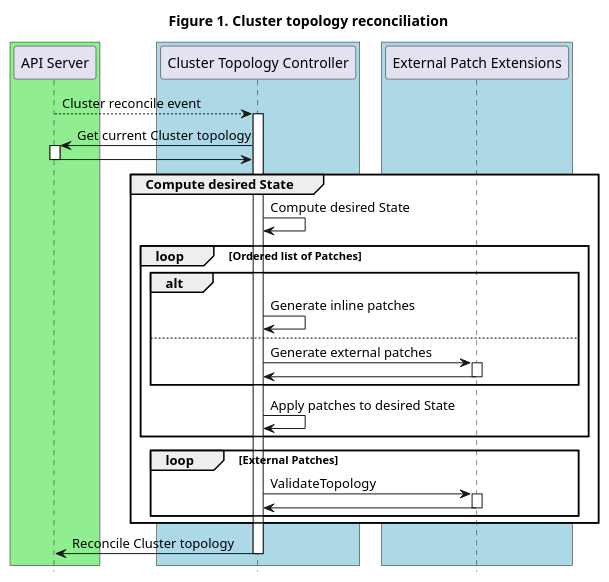
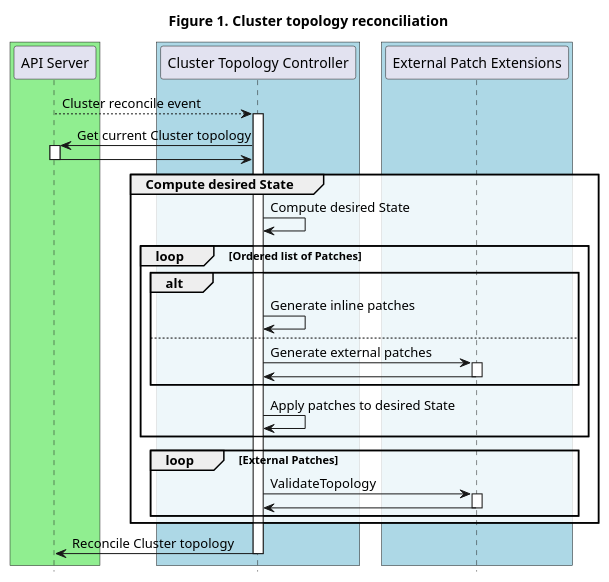
Before and after one commit to kubernetes-sigs/cluster-api: the diagram in docs/proposals/images/topology-mutation-hook/topology-reconciliation.plantuml, drawn with PlantUML. The commit also changed 27 other files, not shown here.

Commit message:
Add PlantUML diagram transparency for book and proposals

```diff
--- a/docs/proposals/images/topology-mutation-hook/topology-reconciliation.plantuml
+++ b/docs/proposals/images/topology-mutation-hook/topology-reconciliation.plantuml
@@ -1,56 +1,56 @@
 @startuml
 title Figure 1. Cluster topology reconciliation
 
 
 ' -- GROUPS START ---
 
 box #LightGreen
 participant "API Server"
 end box
 
 box #LightBlue
 participant "Cluster Topology Controller"
 end box
 
 box #LightBlue
 participant "External Patch Extensions"
 end box
 
 ' -- GROUPS END ---
 
 "API Server" --> "Cluster Topology Controller": Cluster reconcile event
 activate "Cluster Topology Controller"
 
 "Cluster Topology Controller" -> "API Server": Get current Cluster topology
 activate "API Server"
 "API Server" -> "Cluster Topology Controller":
 deactivate "API Server"
 
-group #white Compute desired State
+group #FFFFFFCC Compute desired State
   "Cluster Topology Controller" -> "Cluster Topology Controller": Compute desired State
   loop Ordered list of Patches
     alt
       "Cluster Topology Controller" -> "Cluster Topology Controller": Generate inline patches
     else
       "Cluster Topology Controller" -> "External Patch Extensions": Generate external patches
       activate "External Patch Extensions"
       "External Patch Extensions" -> "Cluster Topology Controller":
       deactivate "External Patch Extensions"
     end
     "Cluster Topology Controller" -> "Cluster Topology Controller": Apply patches to desired State
   end loop
 
   loop External Patches
     "Cluster Topology Controller" -> "External Patch Extensions": ValidateTopology
     activate "External Patch Extensions"
     "External Patch Extensions" -> "Cluster Topology Controller":
     deactivate "External Patch Extensions"
   end loop
 end group
 
 "Cluster Topology Controller" -> "API Server": Reconcile Cluster topology
 
 deactivate "Cluster Topology Controller"
 
 hide footbox
 @enduml
```
